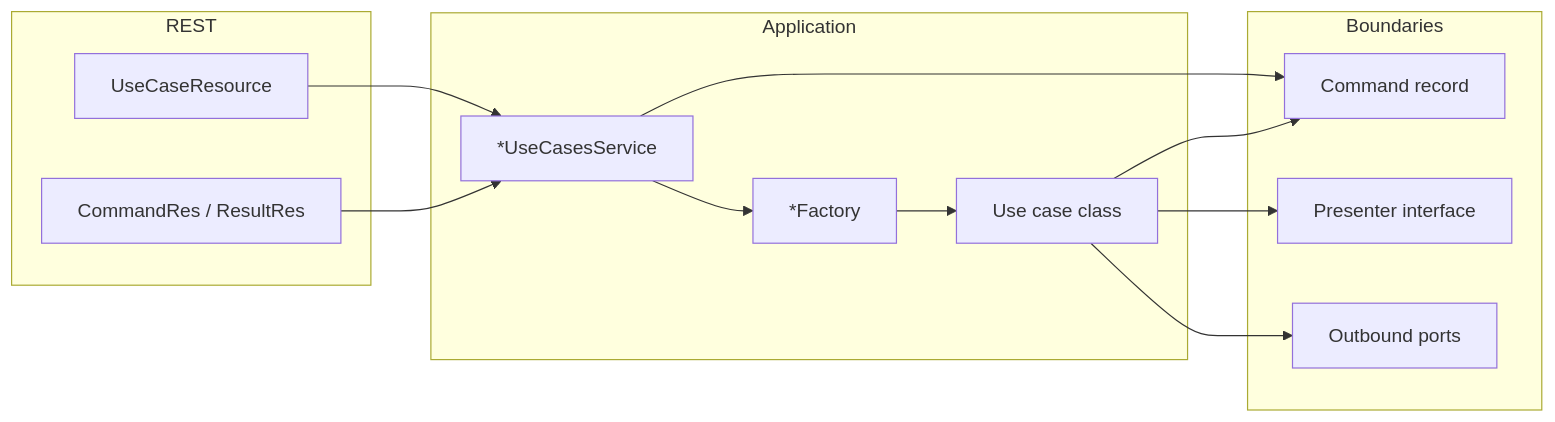
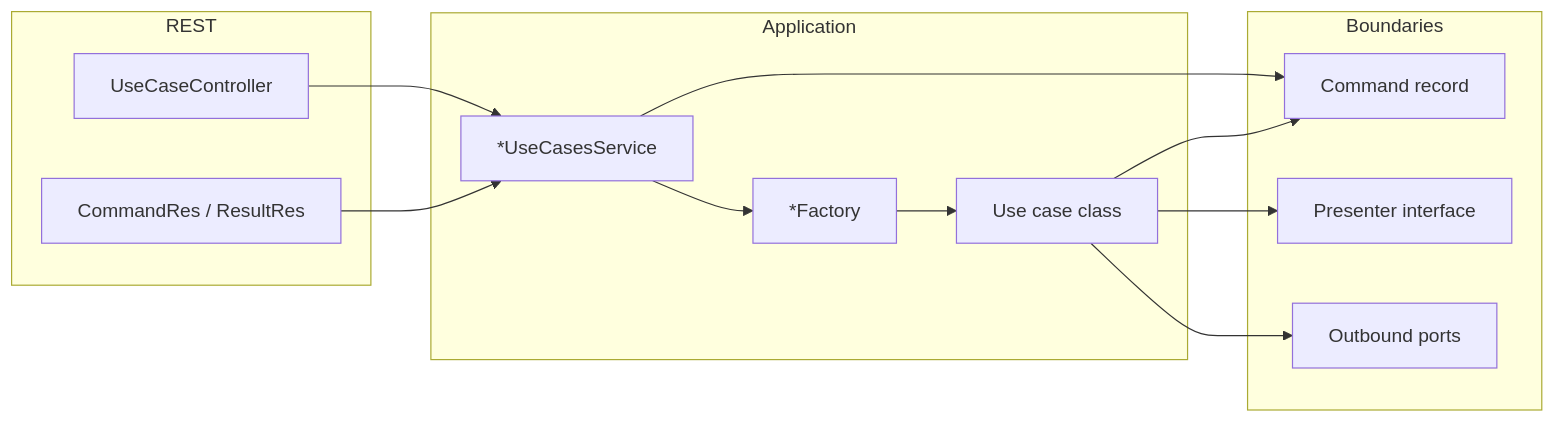
The diagram in spdd/norms/USE_CASE_IMPLEMENTATION.md (opendatamesh-initiative/odm-platform-adapter-devops-executor-gitlab), drawn with Mermaid before and after one commit. The commit also changed other lines of this file and 7 other files, not shown here.

````diff
--- a/spdd/norms/USE_CASE_IMPLEMENTATION.md
+++ b/spdd/norms/USE_CASE_IMPLEMENTATION.md
@@ -23,25 +23,25 @@
 ```mermaid
 flowchart LR
   subgraph rest [REST]
-    C[UseCaseResource]
+    C[UseCaseController]
     DTO[CommandRes / ResultRes]
   end
   subgraph app [Application]
     UCS[*UseCasesService]
     F[*Factory]
     UC[Use case class]
   end
   subgraph boundaries [Boundaries]
     Cmd[Command record]
     Pres[Presenter interface]
     P[Outbound ports]
   end
   C --> UCS
   DTO --> UCS
   UCS --> Cmd
   UCS --> F
   F --> UC
   UC --> Cmd
   UC --> Pres
   UC --> P
 ```
````
